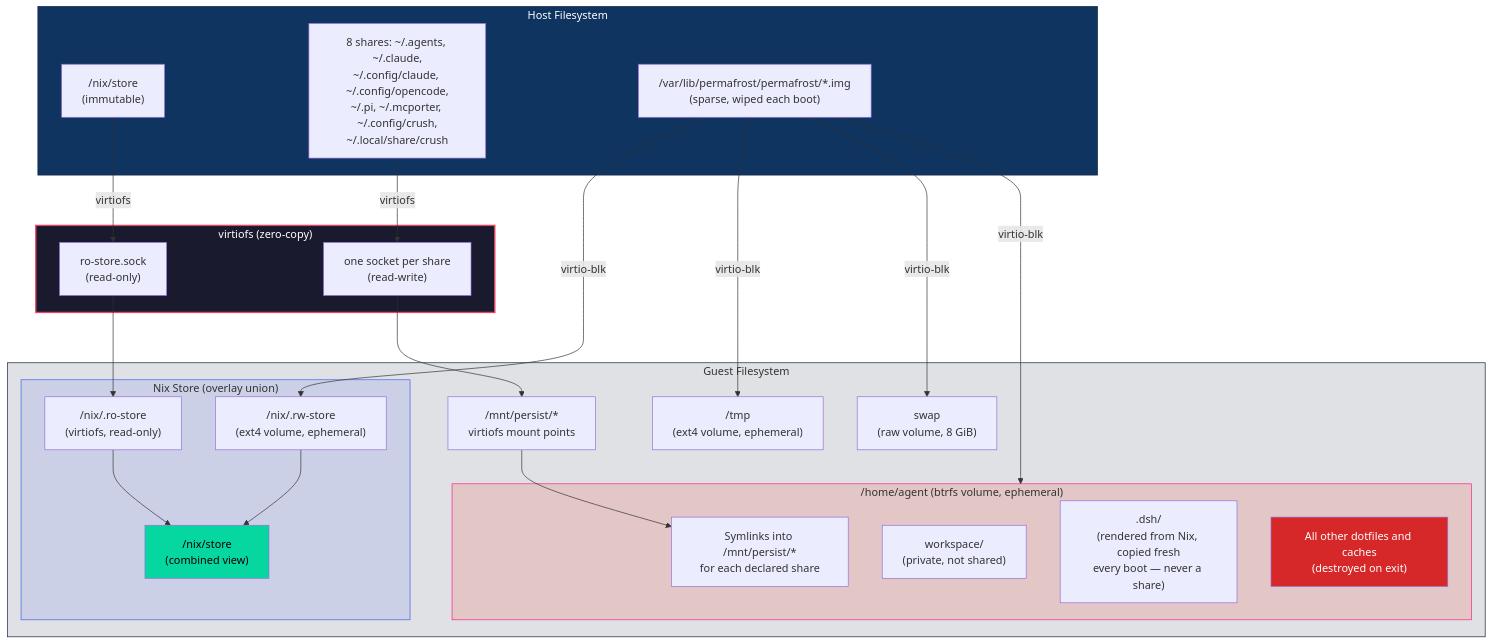
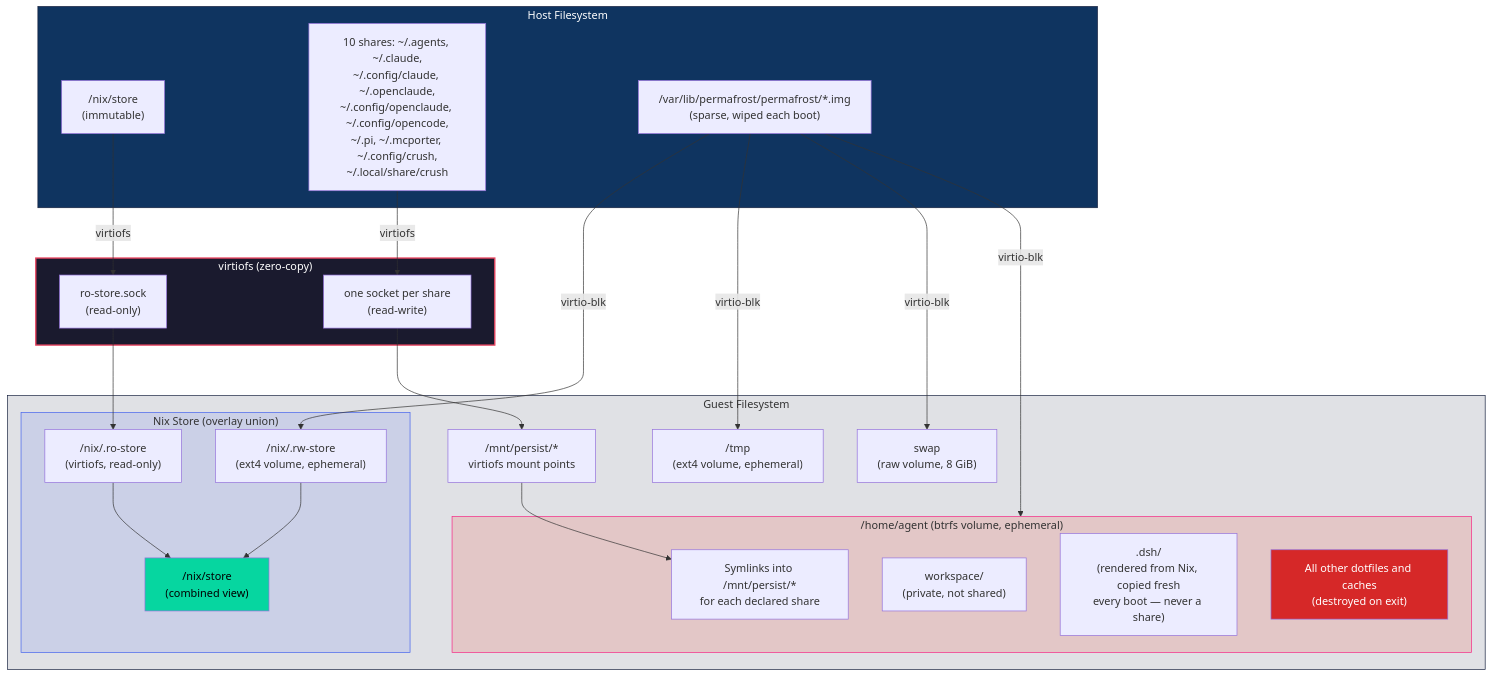
One commit to tenarches/nix-permafrost changed the fifth of 6 diagrams in README.md. Above: the diagram before and after it, drawn with Mermaid. The commit also changed other lines of this file and 5 other files, not shown here.

````diff
--- a/README.md
+++ b/README.md
@@ -261,50 +261,50 @@
 ```mermaid
 graph TD
     subgraph HOST_FS["Host Filesystem"]
         H_STORE["/nix/store<br/>(immutable)"]
-        H_SHARES["8 shares: ~/.agents, ~/.claude,<br/>~/.config/claude, ~/.config/opencode,<br/>~/.pi, ~/.mcporter, ~/.config/crush,<br/>~/.local/share/crush"]
+        H_SHARES["10 shares: ~/.agents, ~/.claude,<br/>~/.config/claude, ~/.openclaude,<br/>~/.config/openclaude, ~/.config/opencode,<br/>~/.pi, ~/.mcporter, ~/.config/crush,<br/>~/.local/share/crush"]
         H_IMG["/var/lib/permafrost/permafrost/*.img<br/>(sparse, wiped each boot)"]
     end
 
     subgraph VIRTIOFS["virtiofs (zero-copy)"]
         VF1["ro-store.sock<br/>(read-only)"]
         VF2["one socket per share<br/>(read-write)"]
     end
 
     subgraph GUEST_FS["Guest Filesystem"]
         subgraph NIX_UNION["Nix Store (overlay union)"]
             RO["/nix/.ro-store<br/>(virtiofs, read-only)"]
             RW["/nix/.rw-store<br/>(ext4 volume, ephemeral)"]
             UNION["/nix/store<br/>(combined view)"]
         end
 
         subgraph HOME["/home/agent (btrfs volume, ephemeral)"]
             SYMS["Symlinks into /mnt/persist/*<br/>for each declared share"]
             WS["workspace/<br/>(private, not shared)"]
             DSH[".dsh/<br/>(rendered from Nix, copied fresh<br/>every boot — never a share)"]
             EPHEM["All other dotfiles and caches<br/>(destroyed on exit)"]
         end
 
         TMPV["/tmp<br/>(ext4 volume, ephemeral)"]
         SWAP["swap<br/>(raw volume, 8 GiB)"]
         PERSIST["/mnt/persist/*<br/>virtiofs mount points"]
     end
 
     H_STORE -->|virtiofs| VF1 --> RO
     H_SHARES -->|virtiofs| VF2 --> PERSIST
     H_IMG -->|virtio-blk| RW
     H_IMG -->|virtio-blk| HOME
     H_IMG -->|virtio-blk| TMPV
     H_IMG -->|virtio-blk| SWAP
     RO --> UNION
     RW --> UNION
     PERSIST --> SYMS
 
     style HOST_FS fill:#0f3460,stroke:#16213e,color:#fff
     style VIRTIOFS fill:#1a1a2e,stroke:#e94560,color:#fff,stroke-width:2px
     style GUEST_FS fill:#16213e22,stroke:#16213e
     style NIX_UNION fill:#4361ee22,stroke:#4361ee
     style HOME fill:#f7200522,stroke:#f72585
     style EPHEM fill:#d62828,color:#fff
     style UNION fill:#06d6a0,color:#000
 ```
````
